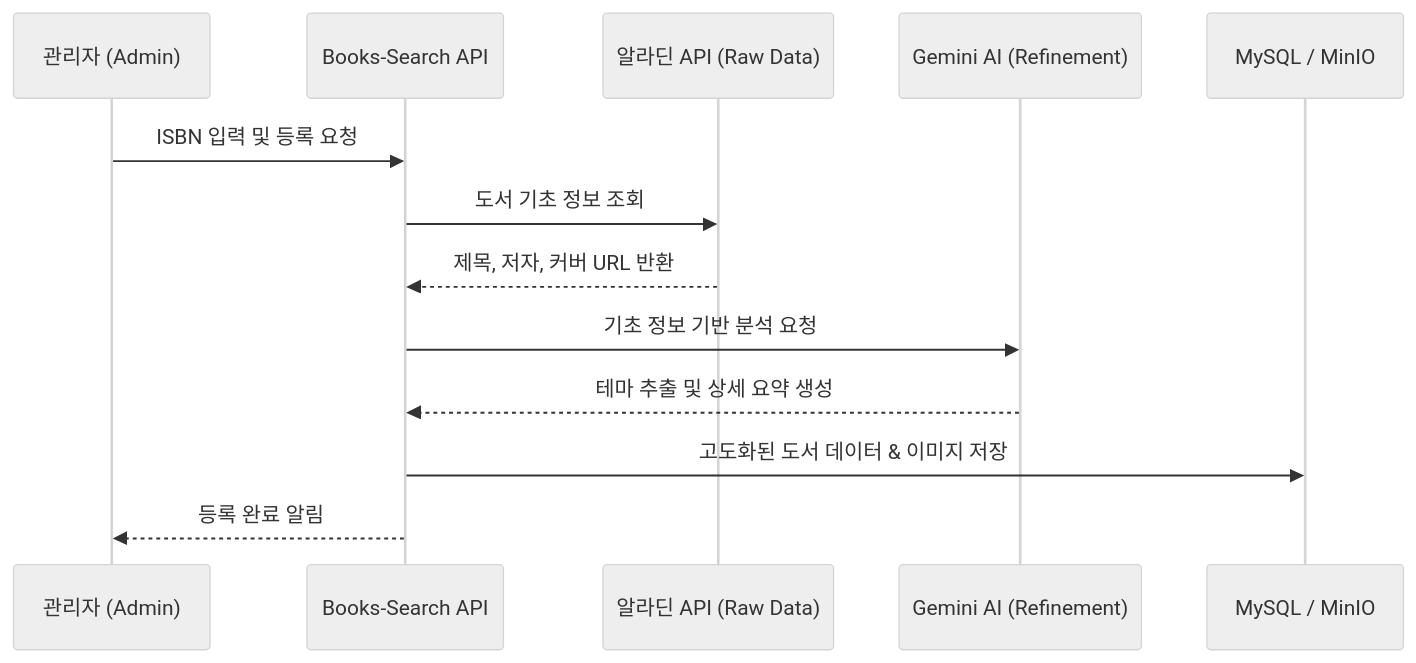
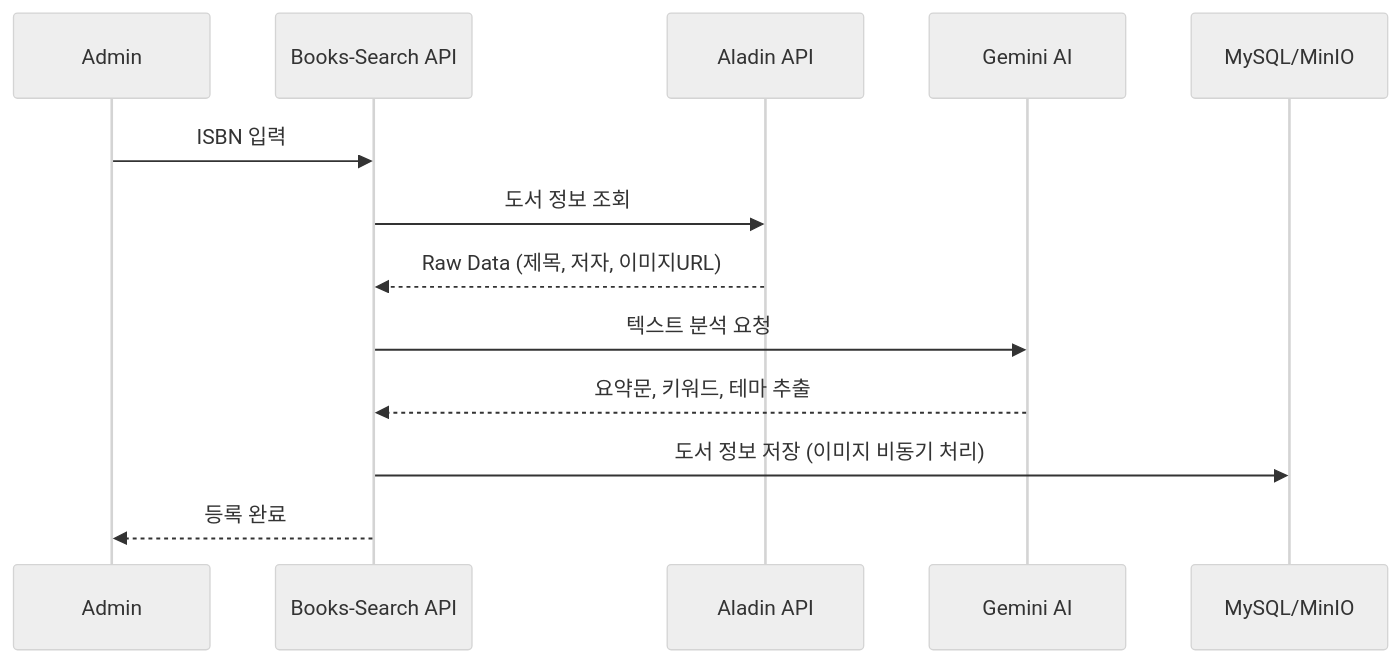
Before and after one commit to nhnacademy-be12-daiso/Books-Search: the second of 2 diagrams in README.md, drawn with Mermaid (neutral theme). The commit also changed other lines of this file and 8 other files, not shown here.

````diff
--- a/README.md
+++ b/README.md
@@ -59,16 +80,18 @@
 ```mermaid
-    sequenceDiagram
-    participant Admin as 관리자 (Admin)
-    participant App as Books-Search API
-    participant Aladin as 알라딘 API (Raw Data)
-    participant Gemini as Gemini AI (Refinement)
-    participant DB as MySQL / MinIO
+sequenceDiagram
+    participant Admin
+    participant API as Books-Search API
+    participant Aladin as Aladin API
+    participant Gemini as Gemini AI
+    participant DB as MySQL/MinIO
 
-    Admin->>App: ISBN 입력 및 등록 요청
-    App->>Aladin: 도서 기초 정보 조회
-    Aladin-->>App: 제목, 저자, 커버 URL 반환
-    App->>Gemini: 기초 정보 기반 분석 요청
-    Gemini-->>App: 테마 추출 및 상세 요약 생성
-    App->>DB: 고도화된 도서 데이터 & 이미지 저장
-    App-->>Admin: 등록 완료 알림
+    Admin->>API: ISBN 입력
+    API->>Aladin: 도서 정보 조회
+    Aladin-->>API: Raw Data (제목, 저자, 이미지URL)
+    
+    API->>Gemini: 텍스트 분석 요청
+    Gemini-->>API: 요약문, 키워드, 테마 추출
+    
+    API->>DB: 도서 정보 저장 (이미지 비동기 처리)
+    API-->>Admin: 등록 완료
 ```
````
